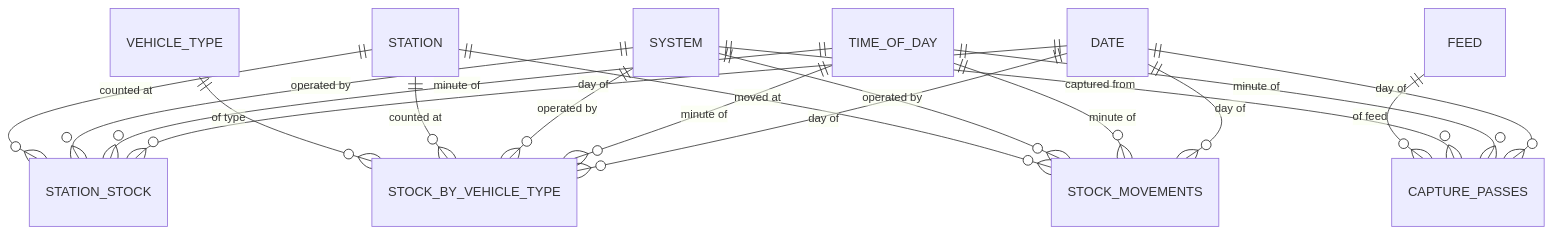
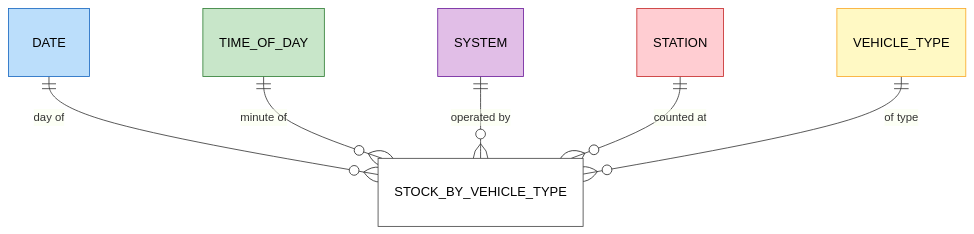
Before and after one commit to markciano/bikesharing: the second of 4 diagrams in docs/data-model.md, drawn with Mermaid. The commit also changed other lines of this file, not shown here.

Commit message:
docs: colour the data model's star schemas by fact and dimension

````diff
--- a/docs/data-model.md
+++ b/docs/data-model.md
@@ -75,20 +100,21 @@
 ```mermaid
+%%{init: {"themeVariables": {"relationLabelBackground": "#f5f5f5", "relationLabelColor": "#000000"}}}%%
 erDiagram
-    DATE ||--o{ STATION_STOCK : "day of"
-    TIME_OF_DAY ||--o{ STATION_STOCK : "minute of"
-    SYSTEM ||--o{ STATION_STOCK : "operated by"
-    STATION ||--o{ STATION_STOCK : "counted at"
     DATE ||--o{ STOCK_BY_VEHICLE_TYPE : "day of"
     TIME_OF_DAY ||--o{ STOCK_BY_VEHICLE_TYPE : "minute of"
     SYSTEM ||--o{ STOCK_BY_VEHICLE_TYPE : "operated by"
     STATION ||--o{ STOCK_BY_VEHICLE_TYPE : "counted at"
     VEHICLE_TYPE ||--o{ STOCK_BY_VEHICLE_TYPE : "of type"
-    DATE ||--o{ STOCK_MOVEMENTS : "day of"
-    TIME_OF_DAY ||--o{ STOCK_MOVEMENTS : "minute of"
-    SYSTEM ||--o{ STOCK_MOVEMENTS : "operated by"
-    STATION ||--o{ STOCK_MOVEMENTS : "moved at"
-    DATE ||--o{ CAPTURE_PASSES : "day of"
-    TIME_OF_DAY ||--o{ CAPTURE_PASSES : "minute of"
-    SYSTEM ||--o{ CAPTURE_PASSES : "captured from"
-    FEED ||--o{ CAPTURE_PASSES : "of feed"
+    classDef fact fill:#ffffff,stroke:#424242,color:#000
+    classDef date fill:#bbdefb,stroke:#1565c0,color:#000
+    classDef time fill:#c8e6c9,stroke:#2e7d32,color:#000
+    classDef system fill:#e1bee7,stroke:#6a1b9a,color:#000
+    classDef station fill:#ffcdd2,stroke:#c62828,color:#000
+    classDef vehicle fill:#fff9c4,stroke:#f9a825,color:#000
+    class STOCK_BY_VEHICLE_TYPE fact
+    class DATE date
+    class TIME_OF_DAY time
+    class SYSTEM system
+    class STATION station
+    class VEHICLE_TYPE vehicle
 ```
````
